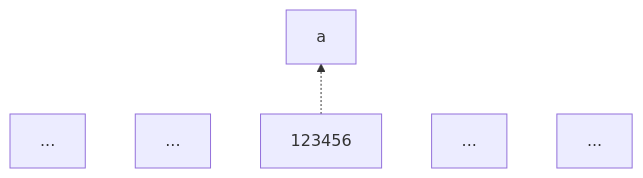
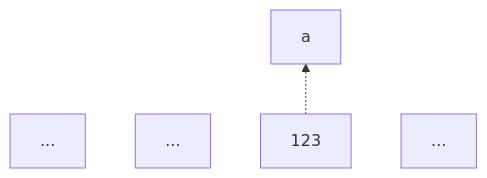
One commit to weijieblog/JavaScript-ES5-Tutorials changed the third of 3 diagrams in basics/variable.md. Above: the diagram before and after it, drawn with Mermaid. The commit also changed other lines of this file and 2 other files, not shown here.

````diff
--- a/basics/variable.md
+++ b/basics/variable.md
@@ -38,8 +36,7 @@
 ```{mermaid}
 graph BT
   A[...]
   B[...]
-  C[123456] -.-> c[a]
+  C[123] -.-> c[a]
   D[...]
-  E[...]
 ```
````
